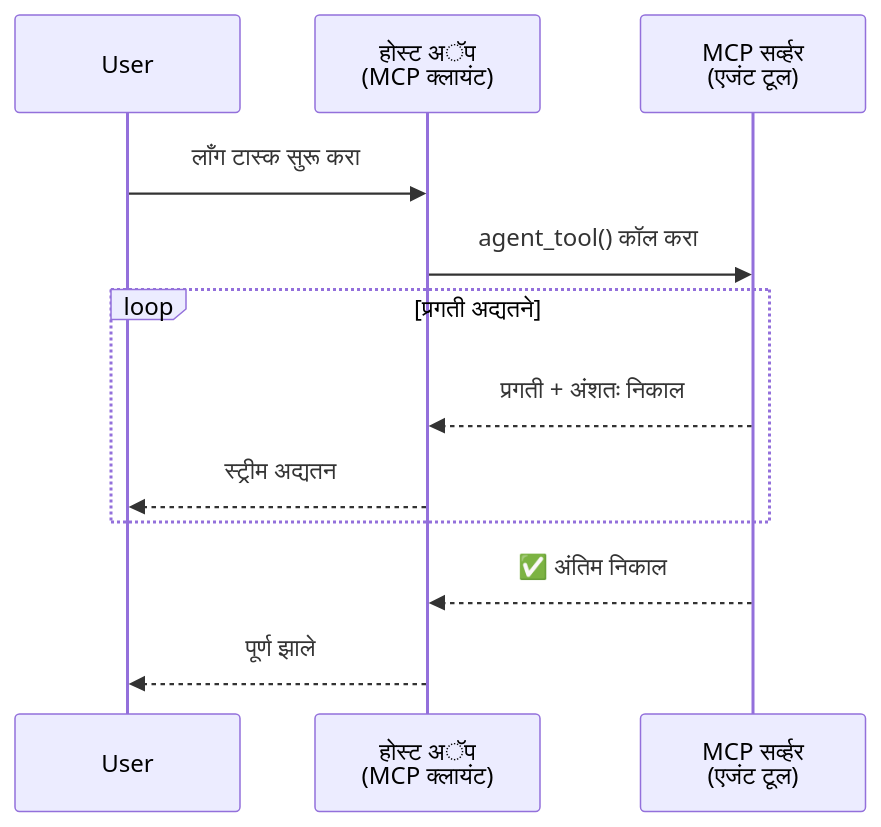
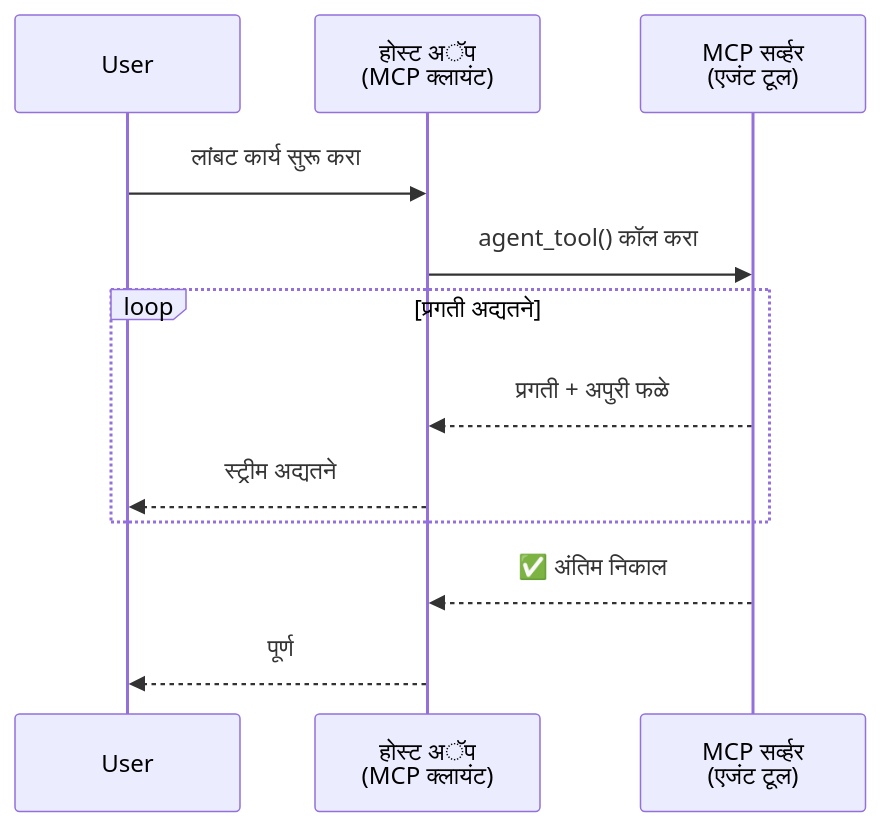
Before and after one commit to gabrielmoreira/agent-skills-mirror: the first of 5 diagrams in mirrors/repos/microsoft@ai-agents-for-beginners/translations/mr/11-agentic-protocols/code_samples/mcp-agents/README.md, drawn with Mermaid. The commit also changed other lines of this file and 4262 other files, not shown here.

````diff
--- a/mirrors/repos/microsoft@ai-agents-for-beginners/translations/mr/11-agentic-protocols/code_samples/mcp-agents/README.md
+++ b/mirrors/repos/microsoft@ai-agents-for-beginners/translations/mr/11-agentic-protocols/code_samples/mcp-agents/README.md
@@ -46,17 +46,17 @@
 ```mermaid
 sequenceDiagram
     participant User
     participant Host as होस्ट अॅप<br/>(MCP क्लायंट)
     participant Server as MCP सर्व्हर<br/>(एजंट टूल)
 
-    User->>Host: लाँग टास्क सुरू करा
+    User->>Host: लांबट कार्य सुरू करा
     Host->>Server: agent_tool() कॉल करा
 
     loop प्रगती अद्यतने
-        Server-->>Host: प्रगती + अंशतः निकाल
-        Host-->>User: स्ट्रीम अद्यतन
+        Server-->>Host: प्रगती + अपुरी फळे
+        Host-->>User: स्ट्रीम अद्यतने
     end
 
     Server-->>Host: ✅ अंतिम निकाल
-    Host-->>User: पूर्ण झाले
+    Host-->>User: पूर्ण
 ```
````
